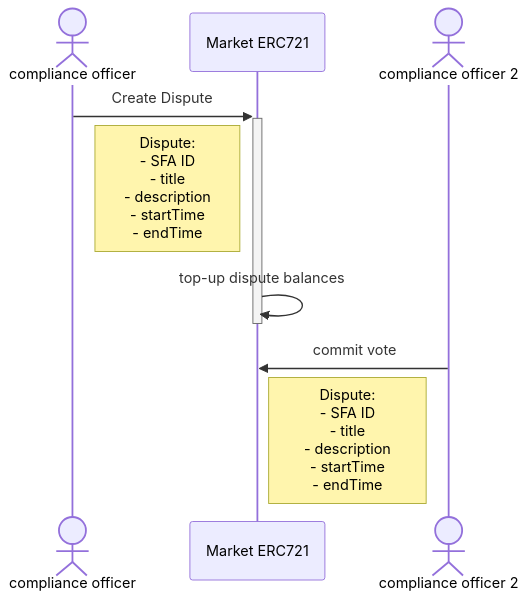
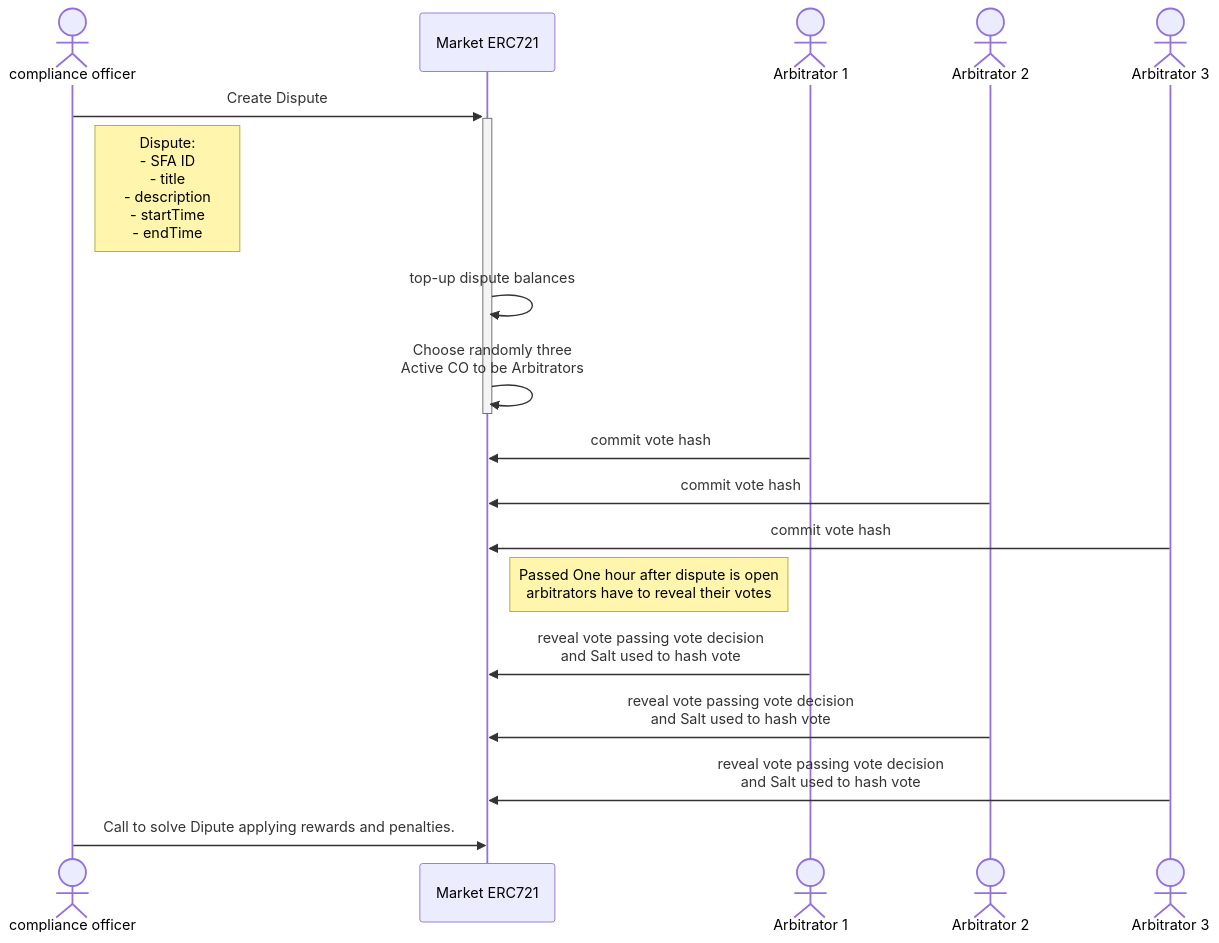
One commit to DSMarket/whitepaper changed the sixth of 6 diagrams in whitepaper.md. Above: the diagram before and after it, drawn with Mermaid. The commit also changed other lines of this file, not shown here.

````diff
--- a/whitepaper.md
+++ b/whitepaper.md
@@ -200,12 +223,22 @@
 ```mermaid
 sequenceDiagram
-    Actor S as compliance officer
+    Actor CO as compliance officer
     participant M as Market ERC721
-    Actor S2 as compliance officer 2
+    Actor A1 as Arbitrator 1
+    Actor A2 as Arbitrator 2
+    Actor A3 as Arbitrator 3
 
-    S ->>+ M: Create Dispute
-    Note right of S: Dispute:<br>- SFA ID<br>- title<br>- description<br>- startTime<br>- endTime
-    M ->>- M: top-up dispute balances
-    S2 ->> M: commit vote
-    Note left of S2: Dispute:<br>- SFA ID<br>- title<br>- description<br>- startTime<br>- endTime
+    CO ->>+ M: Create Dispute
+    Note right of CO: Dispute:<br>- SFA ID<br>- title<br>- description<br>- startTime<br>- endTime
+    M ->> M: top-up dispute balances
+    M ->>- M: Choose randomly three <br> Active CO to be Arbitrators
+    A1 ->> M: commit vote hash
+    A2 ->> M: commit vote hash
+    A3 ->> M: commit vote hash
+    Note left of A1: Passed One hour after dispute is open <br> arbitrators have to reveal their votes
+    A1 ->> M: reveal vote passing vote decision <br> and Salt used to hash vote
+    A2 ->> M: reveal vote passing vote decision <br> and Salt used to hash vote
+    A3 ->> M: reveal vote passing vote decision <br> and Salt used to hash vote
+    CO ->> M: Call to solve Dipute applying rewards and penalties.
+
 ```
````
